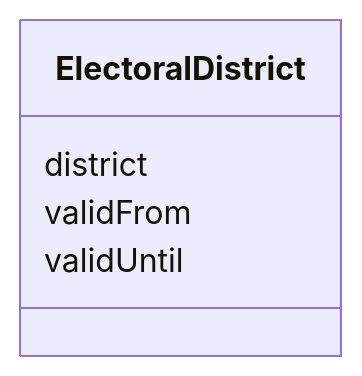
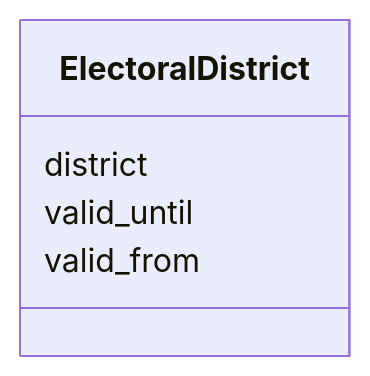
One commit to swiss/political-affairs-ech-group changed the diagram in ech-0294_actors/output/docs/ElectoralDistrict.md. Above: the diagram before and after it, drawn with Mermaid. The commit also changed other lines of this file and 36 other files, not shown here.

````diff
--- a/ech-0294_actors/output/docs/ElectoralDistrict.md
+++ b/ech-0294_actors/output/docs/ElectoralDistrict.md
@@ -13,12 +13,12 @@
 ```mermaid
  classDiagram
     class ElectoralDistrict
     click ElectoralDistrict href "../ElectoralDistrict/"
       ElectoralDistrict : district
         
-      ElectoralDistrict : validFrom
+      ElectoralDistrict : valid_until
         
-      ElectoralDistrict : validUntil
+      ElectoralDistrict : valid_from
         
       
 ```
````
